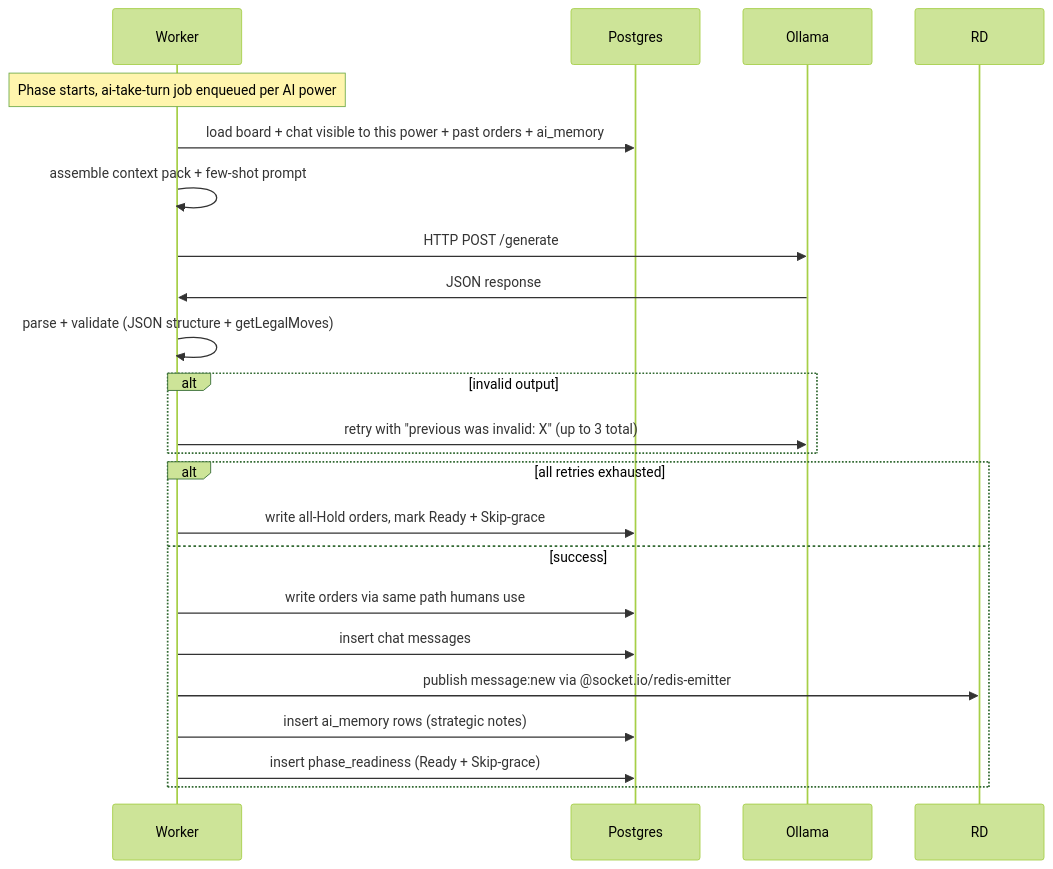
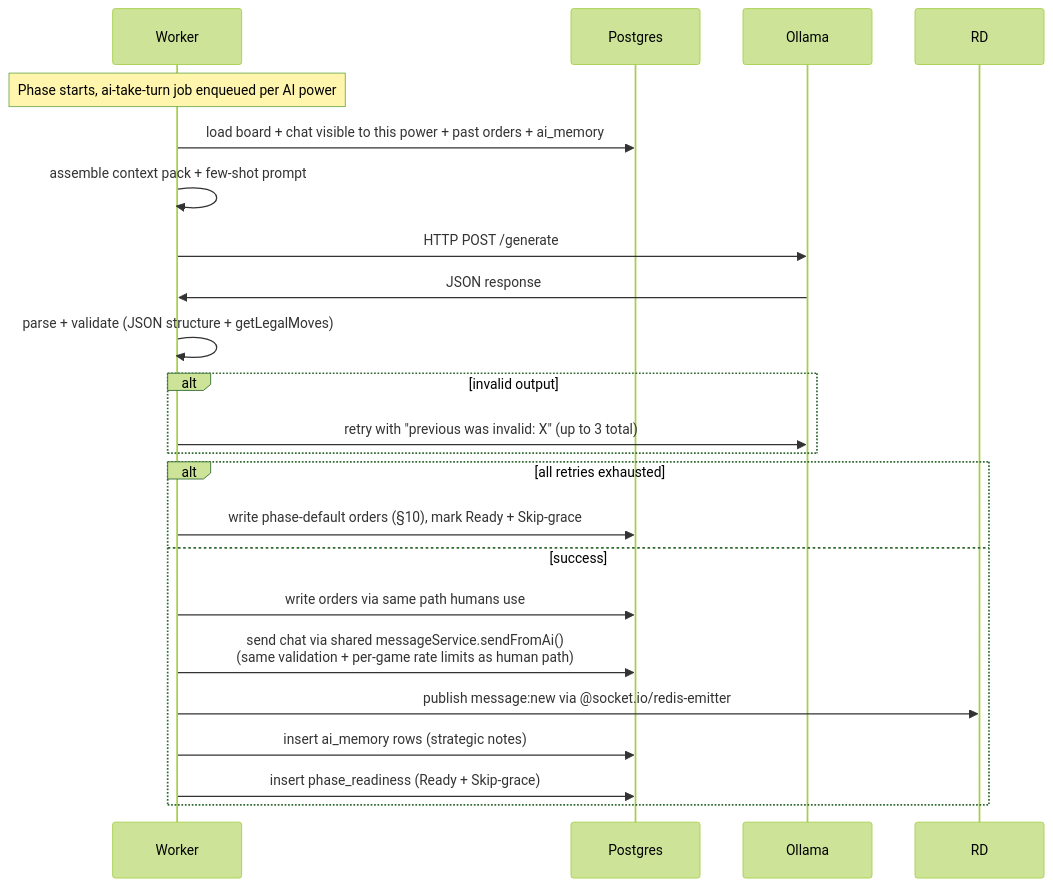
One commit to The-Diplomats/Diplomacy changed diagram 16 of 18 in MilestoneSubmissions/DESIGN_DOC.md. Above: the diagram before and after it, drawn with Mermaid (forest theme). The commit also changed other lines of this file, not shown here.

Commit message:
docs(design): tighten phase-resolve guards, scope AI chat, enforce ai_memory privacy

````diff
--- a/MilestoneSubmissions/DESIGN_DOC.md
+++ b/MilestoneSubmissions/DESIGN_DOC.md
@@ -585,24 +592,24 @@
 ```mermaid
 sequenceDiagram
     participant WK as Worker
     participant PG as Postgres
     participant OLL as Ollama
     Note over WK: Phase starts, ai-take-turn job enqueued per AI power
     WK->>PG: load board + chat visible to this power + past orders + ai_memory
     WK->>WK: assemble context pack + few-shot prompt
     WK->>OLL: HTTP POST /generate
     OLL->>WK: JSON response
     WK->>WK: parse + validate (JSON structure + getLegalMoves)
     alt invalid output
         WK->>OLL: retry with "previous was invalid: X" (up to 3 total)
     end
     alt all retries exhausted
-        WK->>PG: write all-Hold orders, mark Ready + Skip-grace
+        WK->>PG: write phase-default orders (§10), mark Ready + Skip-grace
     else success
         WK->>PG: write orders via same path humans use
-        WK->>PG: insert chat messages
+        WK->>PG: send chat via shared messageService.sendFromAi()<br/>(same validation + per-game rate limits as human path)
         WK->>RD: publish message:new via @socket.io/redis-emitter
         WK->>PG: insert ai_memory rows (strategic notes)
         WK->>PG: insert phase_readiness (Ready + Skip-grace)
     end
 ```
````
